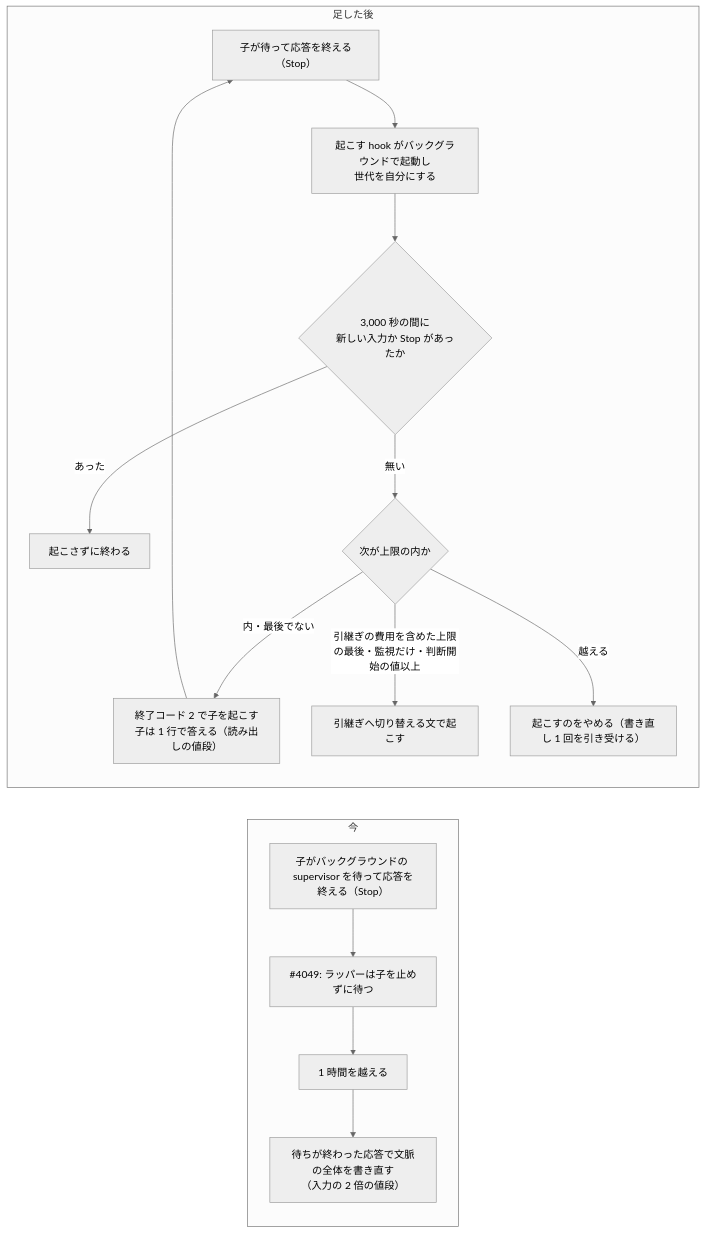
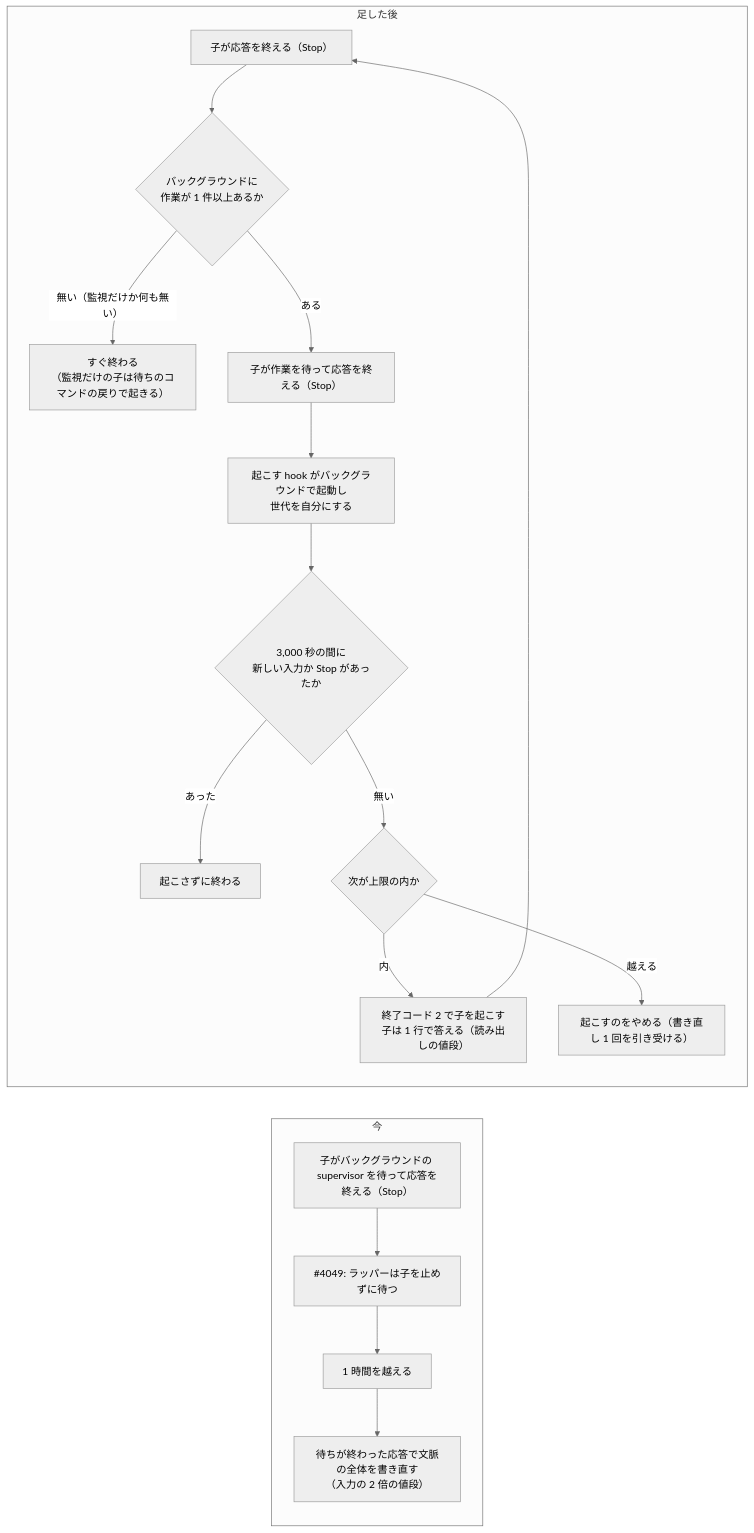
One commit to devbasex/ai-plugins changed the first of 2 diagrams in issues/issue-4068-4199-design.md. Above: the diagram before and after it, drawn with Mermaid (neutral theme). The commit also changed other lines of this file and 4 other files, not shown here.

First line of the commit message:
Docs: 決定 16 の (b) を採り、起こす hook の対象を作業が 1 件以上残る子に縮め、監視だけの子の引継ぎと受け入れ条件 5 を外す（#4068 #4199）

````diff
--- a/issues/issue-4068-4199-design.md
+++ b/issues/issue-4068-4199-design.md
@@ -44,18 +44,20 @@
 ```mermaid
 flowchart LR
   subgraph 今
     A1["子がバックグラウンドの supervisor を待って応答を終える（Stop）"] --> A2["#4049: ラッパーは子を止めずに待つ"]
     A2 --> A3["1 時間を越える"]
     A3 --> A4["待ちが終わった応答で文脈の全体を書き直す<br>（入力の 2 倍の値段）"]
   end
   subgraph 足した後
-    B1["子が待って応答を終える（Stop）"] --> B2["起こす hook がバックグラウンドで起動し<br>世代を自分にする"]
+    B0["子が応答を終える（Stop）"] --> B0a{"バックグラウンドに<br>作業が 1 件以上あるか"}
+    B0a -- 無い（監視だけか何も無い） --> B8["すぐ終わる<br>（監視だけの子は待ちのコマンドの戻りで起きる）"]
+    B0a -- ある --> B1["子が作業を待って応答を終える（Stop）"]
+    B1 --> B2["起こす hook がバックグラウンドで起動し<br>世代を自分にする"]
     B2 --> B3{"3,000 秒の間に<br>新しい入力か Stop があったか"}
     B3 -- あった --> B9["起こさずに終わる"]
     B3 -- 無い --> B4{"次が上限の内か"}
-    B4 -- 内・最後でない --> B5["終了コード 2 で子を起こす<br>子は 1 行で答える（読み出しの値段）"]
-    B5 --> B1
-    B4 -- 引継ぎの費用を含めた上限の最後・監視だけ・判断開始の値以上 --> B6["引継ぎへ切り替える文で起こす"]
+    B4 -- 内 --> B5["終了コード 2 で子を起こす<br>子は 1 行で答える（読み出しの値段）"]
+    B5 --> B0
     B4 -- 越える --> B7["起こすのをやめる（書き直し 1 回を引き受ける）"]
   end
 ```
````
